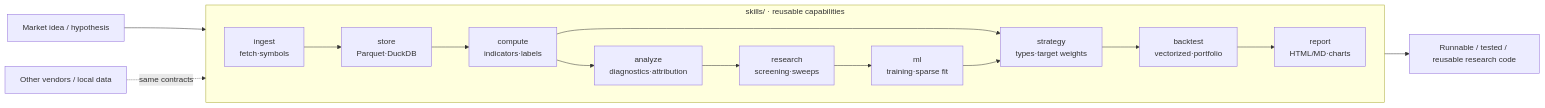
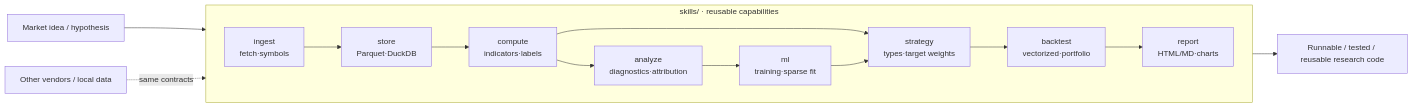
One commit to quantskills/agent-quantspace changed the diagram in README.en.md. Above: the diagram before and after it, drawn with Mermaid. The commit also changed other lines of this file and 38 other files, not shown here.

````diff
--- a/README.en.md
+++ b/README.en.md
@@ -48,18 +48,17 @@
 ```mermaid
 flowchart LR
     idea["Market idea / hypothesis"] --> ingest
     subgraph skills["skills/ · reusable capabilities"]
         direction LR
         ingest["ingest<br/>fetch·symbols"] --> store["store<br/>Parquet·DuckDB"]
         store --> compute["compute<br/>indicators·labels"]
         compute --> analyze["analyze<br/>diagnostics·attribution"]
-        analyze --> research["research<br/>screening·sweeps"]
-        research --> ml["ml<br/>training·sparse fit"]
+        analyze --> ml["ml<br/>training·sparse fit"]
         compute --> strategy["strategy<br/>types·target weights"]
         ml --> strategy
         strategy --> backtest["backtest<br/>vectorized·portfolio"]
         backtest --> report["report<br/>HTML/MD·charts"]
     end
     report --> out["Runnable / tested / reusable research code"]
     vendor["Other vendors / local data"] -. same contracts .-> ingest
 ```
````
